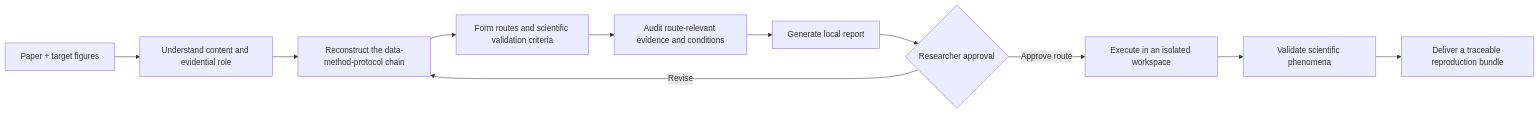
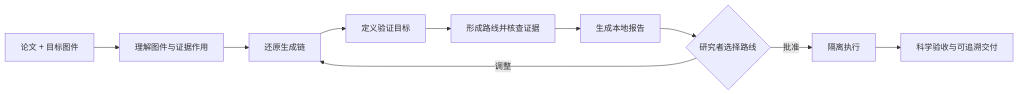
Before and after one commit to SciToolsmith/reprofig: the diagram in README.md, drawn with Mermaid. The commit also changed other lines of this file and 3 other files, not shown here.

````diff
--- a/README.md
+++ b/README.md
@@ -39,13 +48,12 @@
 ```mermaid
 flowchart LR
-    A[Paper + target figures] --> B[Understand content and evidential role]
-    B --> C[Reconstruct the data-method-protocol chain]
-    C --> D[Form routes and scientific validation criteria]
-    D --> E[Audit route-relevant evidence and conditions]
-    E --> F[Generate local report]
-    F --> G{Researcher approval}
-    G -->|Revise| C
-    G -->|Approve route| H[Execute in an isolated workspace]
-    H --> I[Validate scientific phenomena]
-    I --> J[Deliver a traceable reproduction bundle]
+    A[论文 + 目标图件] --> B[理解图件与证据作用]
+    B --> C[还原生成链]
+    C --> D[定义验证目标]
+    D --> E[形成路线并核查证据]
+    E --> F[生成本地报告]
+    F --> G{研究者选择路线}
+    G -->|调整| C
+    G -->|批准| H[隔离执行]
+    H --> I[科学验收与可追溯交付]
 ```
````
